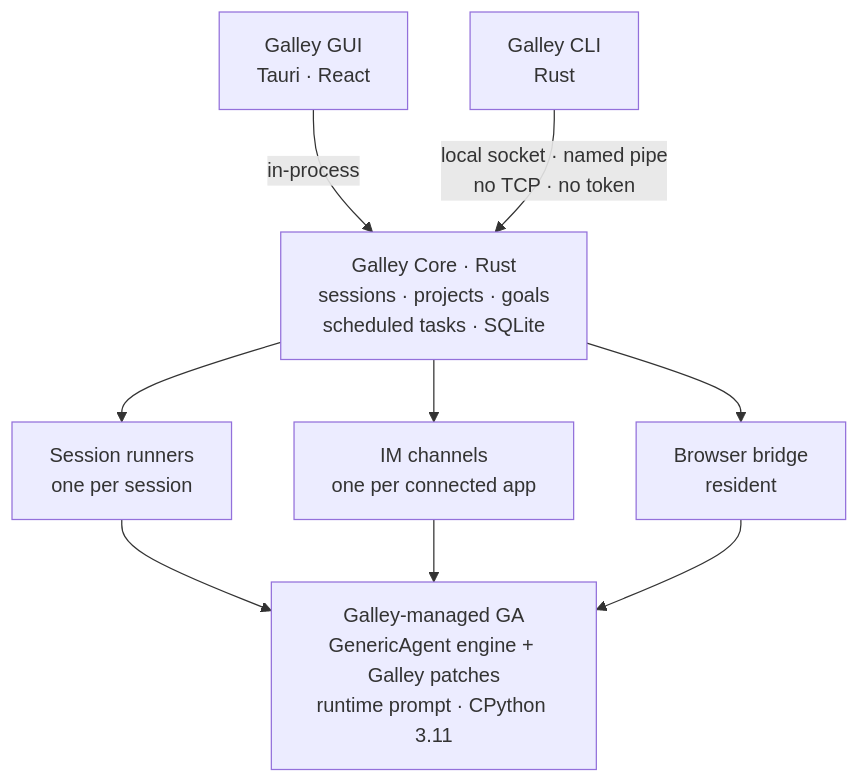
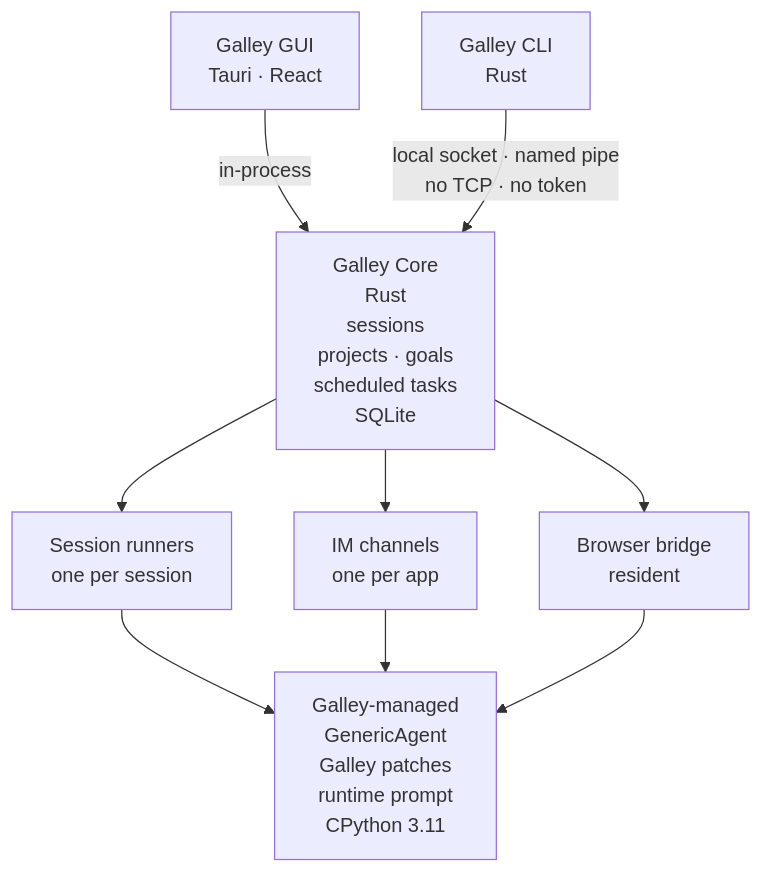
The diagram in README.md (wangjc683/galley), drawn with Mermaid before and after one commit. The commit also changed 2 other files, not shown here.

Commit message:
Keep README Mermaid labels short enough for github.com's renderer
github.com wraps flowchart node text at roughly 120px, which split
"Galley Core · Rust" and "Galley-managed GA" mid-phrase; the local
mermaid used for the preview does not. Each label line now stays within
about 15 characters, broken by hand.

````diff
--- a/README.md
+++ b/README.md
@@ -192,10 +192,10 @@
 ```mermaid
 flowchart TB
   GUI["Galley GUI<br/>Tauri · React"] -- in-process --> Core
   CLI["Galley CLI<br/>Rust"] -- "local socket · named pipe<br/>no TCP · no token" --> Core
-  Core["Galley Core · Rust<br/>sessions · projects · goals<br/>scheduled tasks · SQLite"]
+  Core["Galley Core<br/>Rust<br/>sessions<br/>projects · goals<br/>scheduled tasks<br/>SQLite"]
   Core --> R["Session runners<br/>one per session"]
-  Core --> IM["IM channels<br/>one per connected app"]
+  Core --> IM["IM channels<br/>one per app"]
   Core --> BB["Browser bridge<br/>resident"]
-  R & IM & BB --> GA["Galley-managed GA<br/>GenericAgent engine + Galley patches<br/>runtime prompt · CPython 3.11"]
+  R & IM & BB --> GA["Galley-managed<br/>GenericAgent<br/>Galley patches<br/>runtime prompt<br/>CPython 3.11"]
 ```
````
